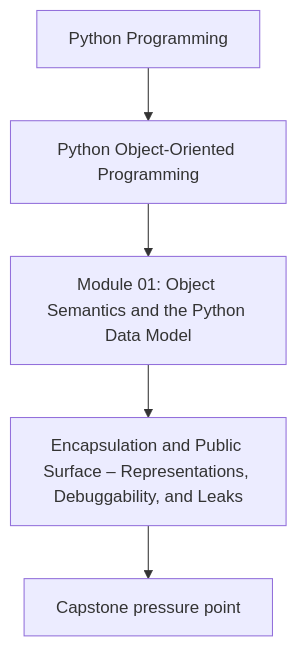
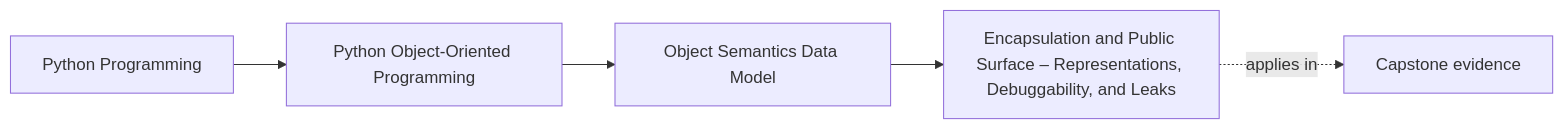
Before and after one commit to bijux/bijux-masterclass: the first of 2 diagrams in programs/python-programming/python-object-oriented-programming/course-book/module-01-object-semantics-data-model/encapsulation-public-surface-and-representation.md, drawn with Mermaid. The commit also changed other lines of this file and 65 other files, not shown here.

Commit message:
docs(python-object-oriented-programming): map object model and design foundations

````diff
--- a/programs/python-programming/python-object-oriented-programming/course-book/module-01-object-semantics-data-model/encapsulation-public-surface-and-representation.md
+++ b/programs/python-programming/python-object-oriented-programming/course-book/module-01-object-semantics-data-model/encapsulation-public-surface-and-representation.md
@@ -7,7 +7,11 @@
 ```mermaid
-flowchart TD
-  family["Python Programming"] --> program["Python Object-Oriented Programming"]
-  program --> module["Module 01: Object Semantics and the Python Data Model"]
-  module --> concept["Encapsulation and Public Surface – Representations, Debuggability, and Leaks"]
-  concept --> capstone["Capstone pressure point"]
+graph LR
+  family["Python Programming"]
+  program["Python Object-Oriented Programming"]
+  section["Object Semantics Data Model"]
+  page["Encapsulation and Public Surface – Representations, Debuggability, and Leaks"]
+  capstone["Capstone evidence"]
+
+  family --> program --> section --> page
+  page -.applies in.-> capstone
 ```
````
